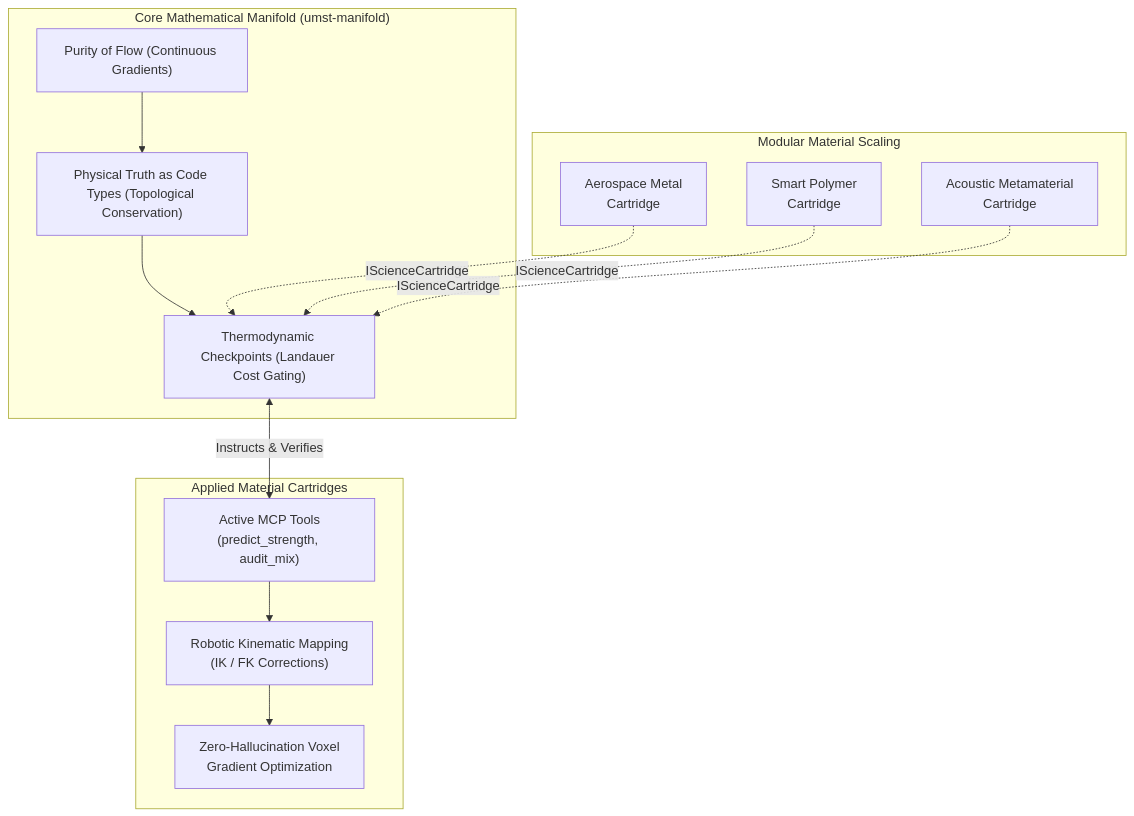
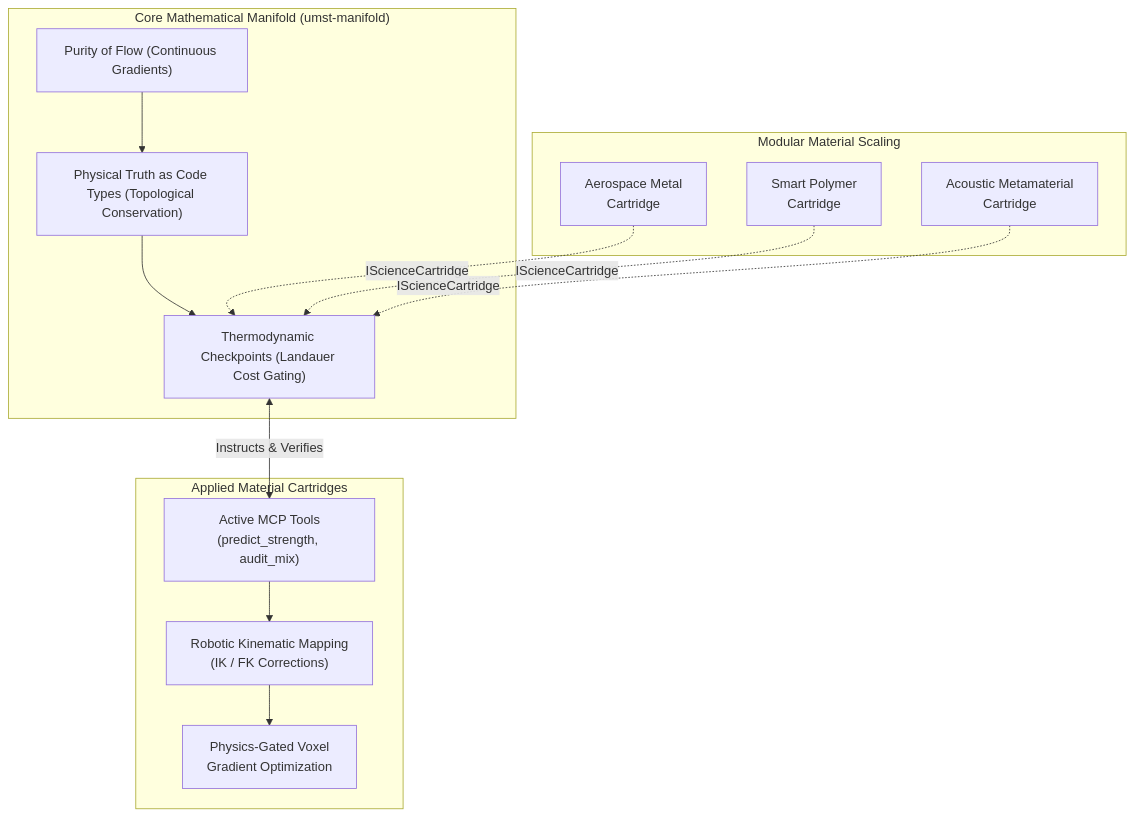
Before and after one commit to tytolabs/umst-manifold: the second of 2 diagrams in README.md, drawn with Mermaid. The commit also changed other lines of this file, not shown here.

````diff
--- a/README.md
+++ b/README.md
@@ -374,17 +374,17 @@
 ```mermaid
 graph TD
     subgraph "Core Mathematical Manifold (umst-manifold)"
         A["Purity of Flow (Continuous Gradients)"] --> B["Physical Truth as Code Types (Topological Conservation)"]
         B --> C["Thermodynamic Checkpoints (Landauer Cost Gating)"]
     end
     subgraph "Applied Material Cartridges"
         D["Active MCP Tools<br/>(predict_strength, audit_mix)"] --> E["Robotic Kinematic Mapping<br/>(IK / FK Corrections)"]
-        E --> F["Zero-Hallucination Voxel<br/>Gradient Optimization"]
+        E --> F["Physics-Gated Voxel<br/>Gradient Optimization"]
     end
     subgraph "Modular Material Scaling"
         G["Aerospace Metal<br/>Cartridge"] -.->|IScienceCartridge| C
         I["Smart Polymer<br/>Cartridge"] -.->|IScienceCartridge| C
         J["Acoustic Metamaterial<br/>Cartridge"] -.->|IScienceCartridge| C
     end
     C <-->|Instructs & Verifies| D
 ```
````
